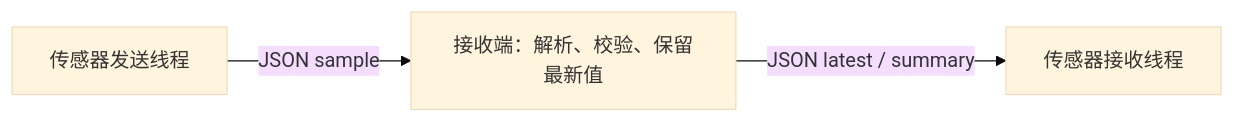
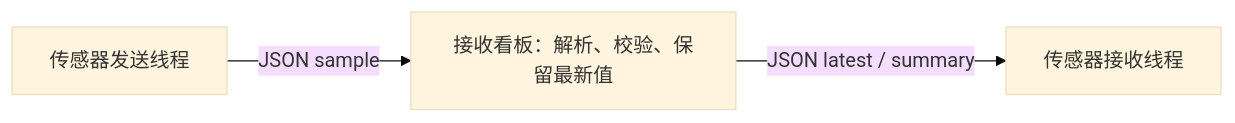
Before and after one commit to HuangX666/hx_c_platform: the diagram in docs/UDP_BUSINESS.zh-CN.md, drawn with Mermaid (base theme). The commit also changed other lines of this file and 135 other files, not shown here.

````diff
--- a/docs/UDP_BUSINESS.zh-CN.md
+++ b/docs/UDP_BUSINESS.zh-CN.md
@@ -46,5 +54,5 @@
 ```mermaid
 flowchart LR
-    TX[传感器发送线程] -->|JSON sample| S[接收端：解析、校验、保留最新值]
+    TX[传感器发送线程] -->|JSON sample| S[接收看板：解析、校验、保留最新值]
     S -->|JSON latest / summary| RX[传感器接收线程]
 ```
````
